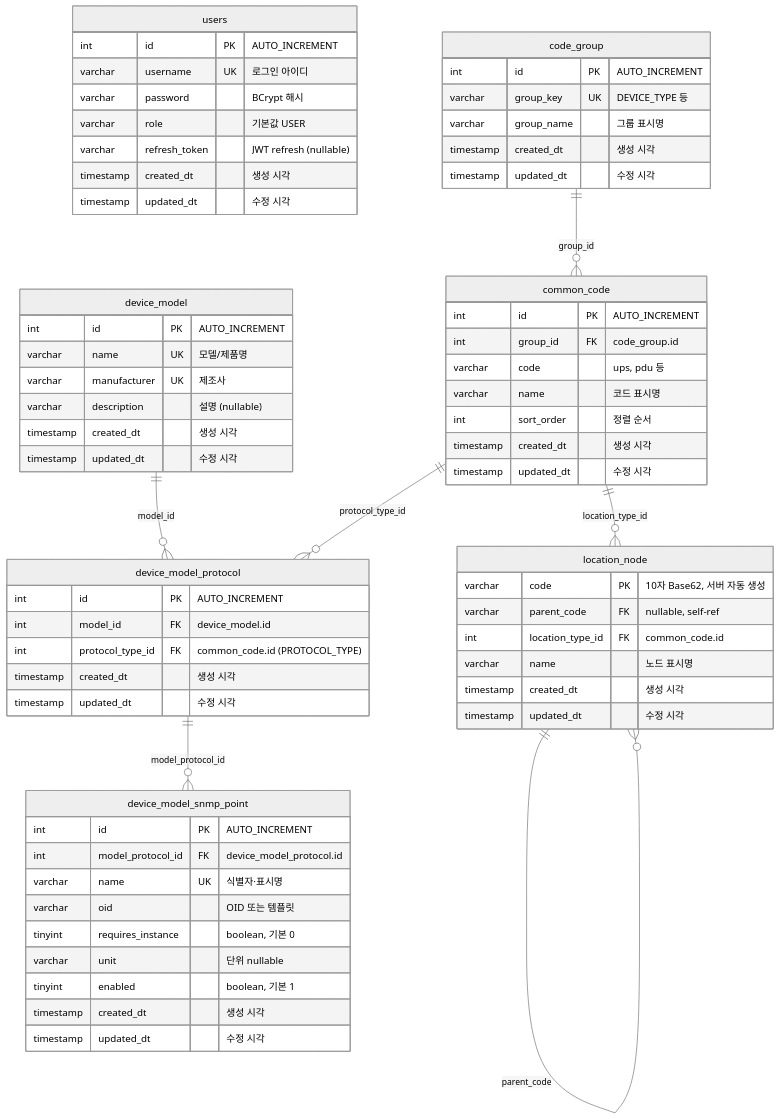
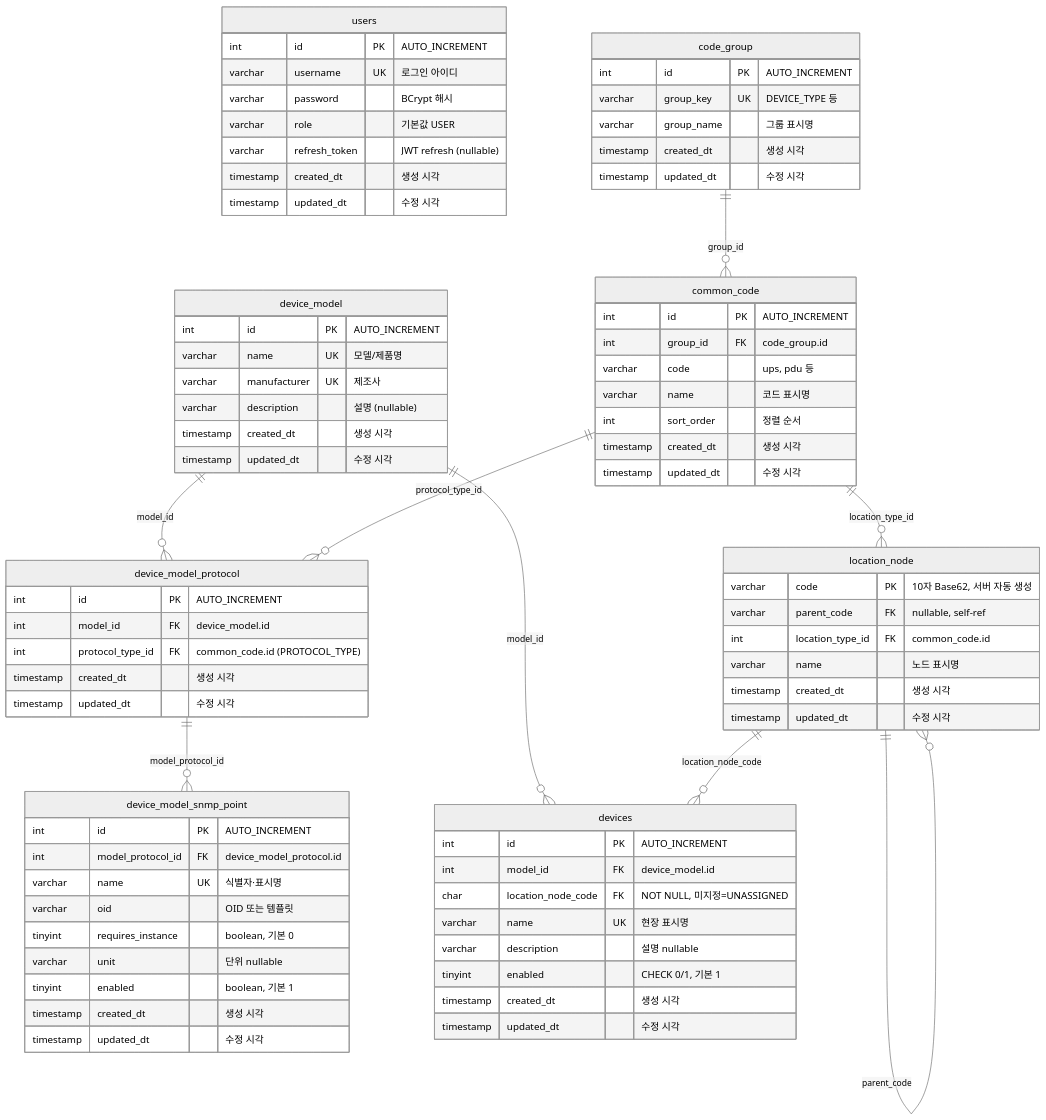
The first of 3 diagrams in docs/ERD.md (SHINBOGEUN/dcim), drawn with Mermaid (neutral theme) before and after one commit. The commit also changed other lines of this file and 8 other files, not shown here.

First line of the commit message:
docs(device): devices 설계·V007 DDL 및 UNASSIGNED 위치 시드 추가

````diff
--- a/docs/ERD.md
+++ b/docs/ERD.md
@@ -79,10 +79,23 @@
         timestamp updated_dt "수정 시각"
     }
 
+    devices {
+        int id PK "AUTO_INCREMENT"
+        int model_id FK "device_model.id"
+        char location_node_code FK "NOT NULL, 미지정=UNASSIGNED"
+        varchar name UK "현장 표시명"
+        varchar description "설명 nullable"
+        tinyint enabled "CHECK 0/1, 기본 1"
+        timestamp created_dt "생성 시각"
+        timestamp updated_dt "수정 시각"
+    }
+
     code_group ||--o{ common_code : "group_id"
     common_code ||--o{ location_node : "location_type_id"
     location_node ||--o{ location_node : "parent_code"
     device_model ||--o{ device_model_protocol : "model_id"
     common_code ||--o{ device_model_protocol : "protocol_type_id"
     device_model_protocol ||--o{ device_model_snmp_point : "model_protocol_id"
+    device_model ||--o{ devices : "model_id"
+    location_node ||--o{ devices : "location_node_code"
 ```
````
